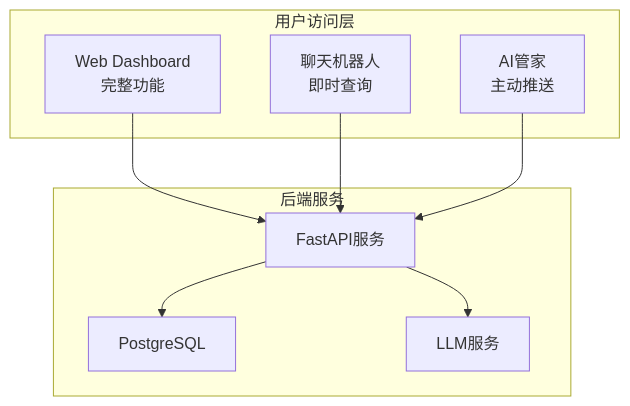
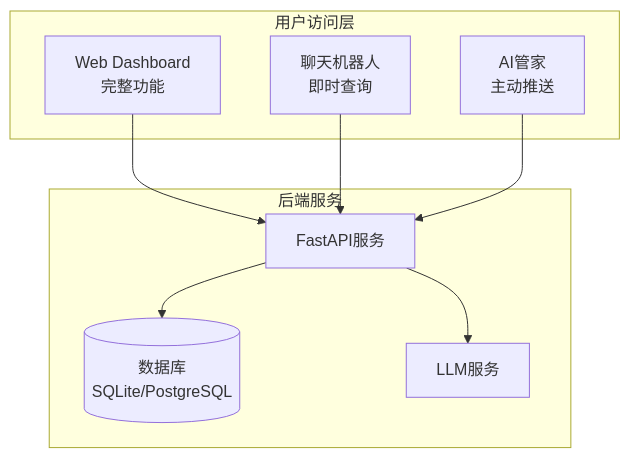
One commit to l17728/RippleFlow changed the second of 16 diagrams in docs/09_user_manual.md. Above: the diagram before and after it, drawn with Mermaid. The commit also changed other lines of this file and 2 other files, not shown here.

````diff
--- a/docs/09_user_manual.md
+++ b/docs/09_user_manual.md
@@ -175,20 +175,20 @@
 ```mermaid
 graph TB
     subgraph 用户访问层
         A[Web Dashboard<br/>完整功能] 
         B[聊天机器人<br/>即时查询]
         C[AI管家<br/>主动推送]
     end
     
     subgraph 后端服务
         D[FastAPI服务]
-        E[PostgreSQL]
+        E[(数据库<br/>SQLite/PostgreSQL)]
         F[LLM服务]
     end
     
     A --> D
     B --> D
     C --> D
     D --> E
     D --> F
 ```
````
